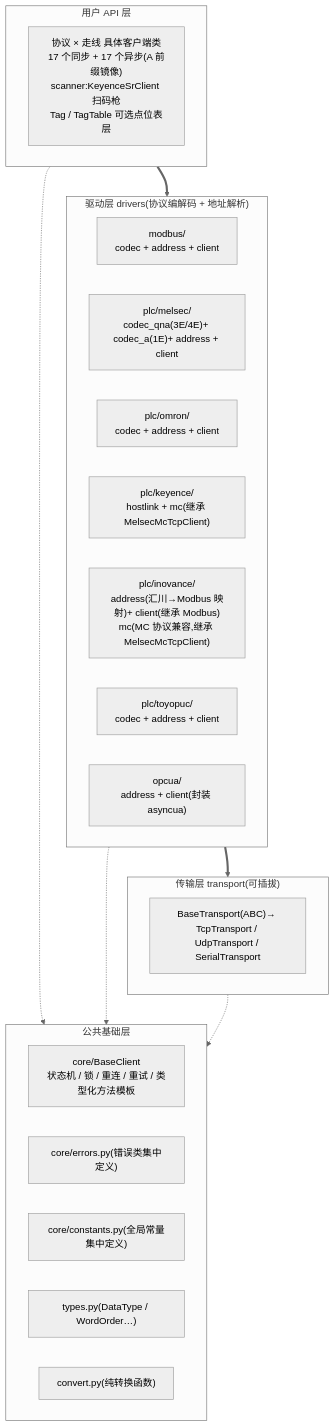
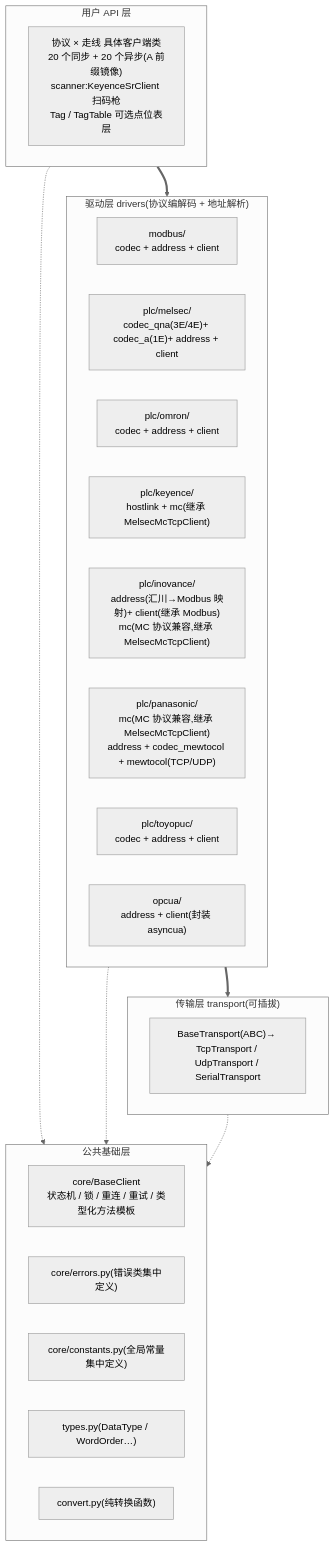
One commit to yunluo/omniplc changed the first of 3 diagrams in docs/architecture.md. Above: the diagram before and after it, drawn with Mermaid (neutral theme). The commit also changed other lines of this file and 12 other files, not shown here.

Commit message:
松下 FP0H/FP7 驱动:MC 协议兼容(3E 帧继承三菱实现,字号x16+位号换算)+ MEWTOCOL TCP/UDP(RCS/WCS/RD/WD,BCC 校验,多源交叉核证)

````diff
--- a/docs/architecture.md
+++ b/docs/architecture.md
@@ -13,31 +13,32 @@
 ```mermaid
 flowchart TB
     subgraph UserApi["用户 API 层"]
-        Clients["协议 × 走线 具体客户端类<br/>17 个同步 + 17 个异步(A 前缀镜像)<br/>scanner:KeyenceSrClient 扫码枪<br/>Tag / TagTable 可选点位表层"]
+        Clients["协议 × 走线 具体客户端类<br/>20 个同步 + 20 个异步(A 前缀镜像)<br/>scanner:KeyenceSrClient 扫码枪<br/>Tag / TagTable 可选点位表层"]
     end
     subgraph Drivers["驱动层 drivers(协议编解码 + 地址解析)"]
         Modbus["modbus/<br/>codec + address + client"]
         Melsec["plc/melsec/<br/>codec_qna(3E/4E)+ codec_a(1E)+ address + client"]
         Omron["plc/omron/<br/>codec + address + client"]
         Keyence["plc/keyence/<br/>hostlink + mc(继承 MelsecMcTcpClient)"]
         InovanceD["plc/inovance/<br/>address(汇川→Modbus 映射)+ client(继承 Modbus)<br/>mc(MC 协议兼容,继承 MelsecMcTcpClient)"]
+        PanasonicD["plc/panasonic/<br/>mc(MC 协议兼容,继承 MelsecMcTcpClient)<br/>address + codec_mewtocol + mewtocol(TCP/UDP)"]
         Toyopuc["plc/toyopuc/<br/>codec + address + client"]
         Opcua["opcua/<br/>address + client(封装 asyncua)"]
     end
     subgraph TransportLayer["传输层 transport(可插拔)"]
         TransportList["BaseTransport(ABC)→ TcpTransport / UdpTransport / SerialTransport"]
     end
     subgraph CoreLayer["公共基础层"]
         BaseClientC["core/BaseClient<br/>状态机 / 锁 / 重连 / 重试 / 类型化方法模板"]
         Errors["core/errors.py(错误类集中定义)"]
         Constants["core/constants.py(全局常量集中定义)"]
         TypesC["types.py(DataType / WordOrder…)"]
         ConvertC["convert.py(纯转换函数)"]
     end
 
     UserApi ==> Drivers
     Drivers ==> TransportLayer
     UserApi -.-> CoreLayer
     Drivers -.-> CoreLayer
     TransportLayer -.-> CoreLayer
 ```
````
